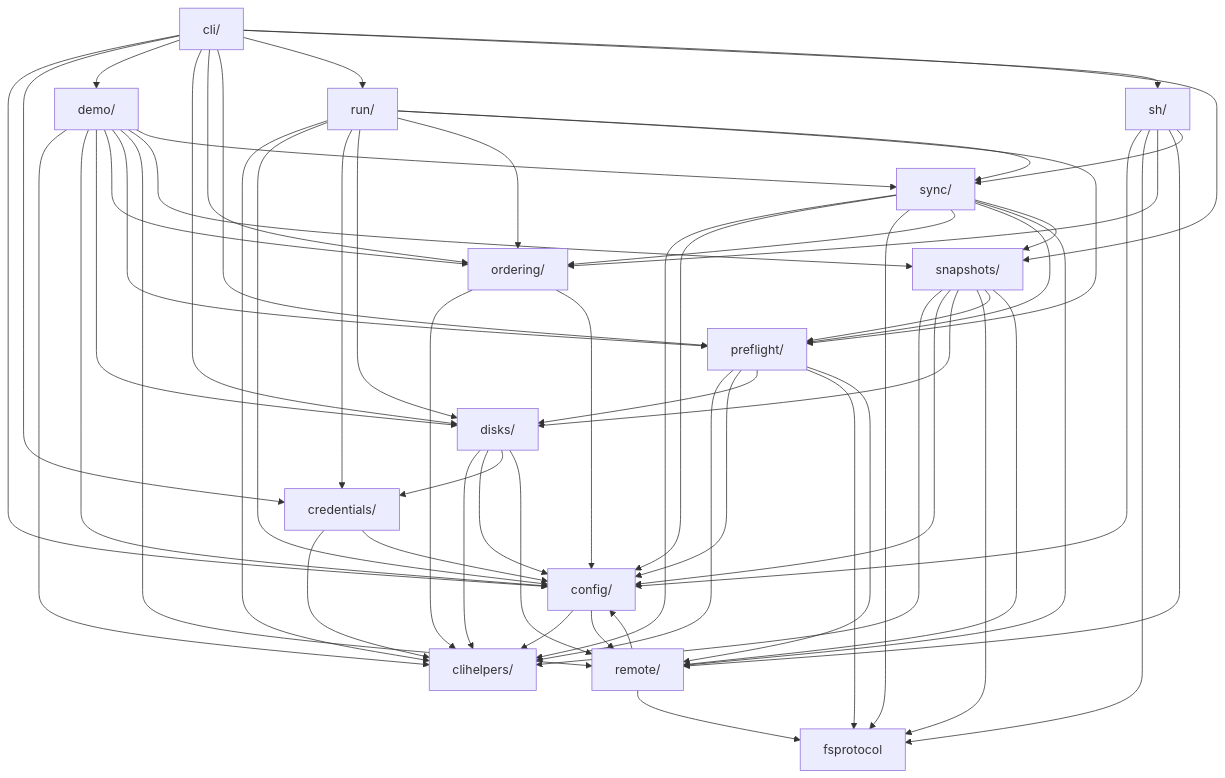
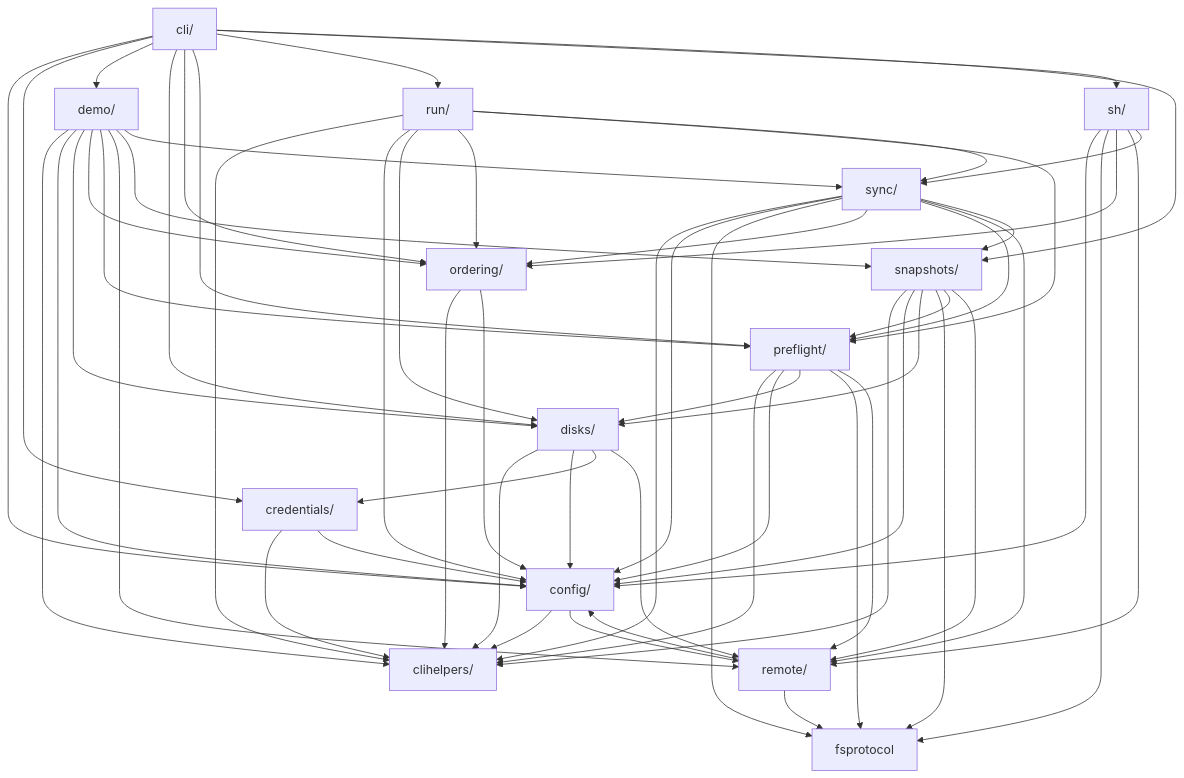
The diagram in docs/architecture.md (iglootools/nbkp), drawn with Mermaid before and after one commit. The commit also changed 46 other files, not shown here.

````diff
--- a/docs/architecture.md
+++ b/docs/architecture.md
@@ -40,77 +40,76 @@
 ```mermaid
 graph TD
     cli["cli/"]
     clihelpers["clihelpers/"]
     config["config/"]
     credentials["credentials/"]
     demo["demo/"]
     disks["disks/"]
     fsprotocol["fsprotocol"]
     ordering["ordering/"]
     preflight["preflight/"]
     remote["remote/"]
     run["run/"]
     sh["sh/"]
     snapshots["snapshots/"]
     sync["sync/"]
 
     cli --> config
     cli --> credentials
     cli --> demo
     cli --> disks
     cli --> ordering
     cli --> preflight
     cli --> run
     cli --> sh
     cli --> snapshots
     config --> clihelpers
     config --> remote
     credentials --> clihelpers
     credentials --> config
     demo --> clihelpers
     demo --> config
     demo --> disks
     demo --> ordering
     demo --> preflight
     demo --> remote
     demo --> snapshots
     demo --> sync
     disks --> clihelpers
     disks --> config
     disks --> credentials
     disks --> remote
     ordering --> clihelpers
     ordering --> config
     preflight --> clihelpers
     preflight --> config
     preflight --> disks
     preflight --> fsprotocol
     preflight --> remote
     remote --> config
     remote --> fsprotocol
     run --> clihelpers
     run --> config
-    run --> credentials
     run --> disks
     run --> ordering
     run --> preflight
     run --> sync
     sh --> config
     sh --> fsprotocol
     sh --> ordering
     sh --> remote
     sh --> sync
     snapshots --> clihelpers
     snapshots --> config
     snapshots --> disks
     snapshots --> fsprotocol
     snapshots --> preflight
     snapshots --> remote
     sync --> clihelpers
     sync --> config
     sync --> fsprotocol
     sync --> ordering
     sync --> preflight
     sync --> remote
     sync --> snapshots
 ```
````
